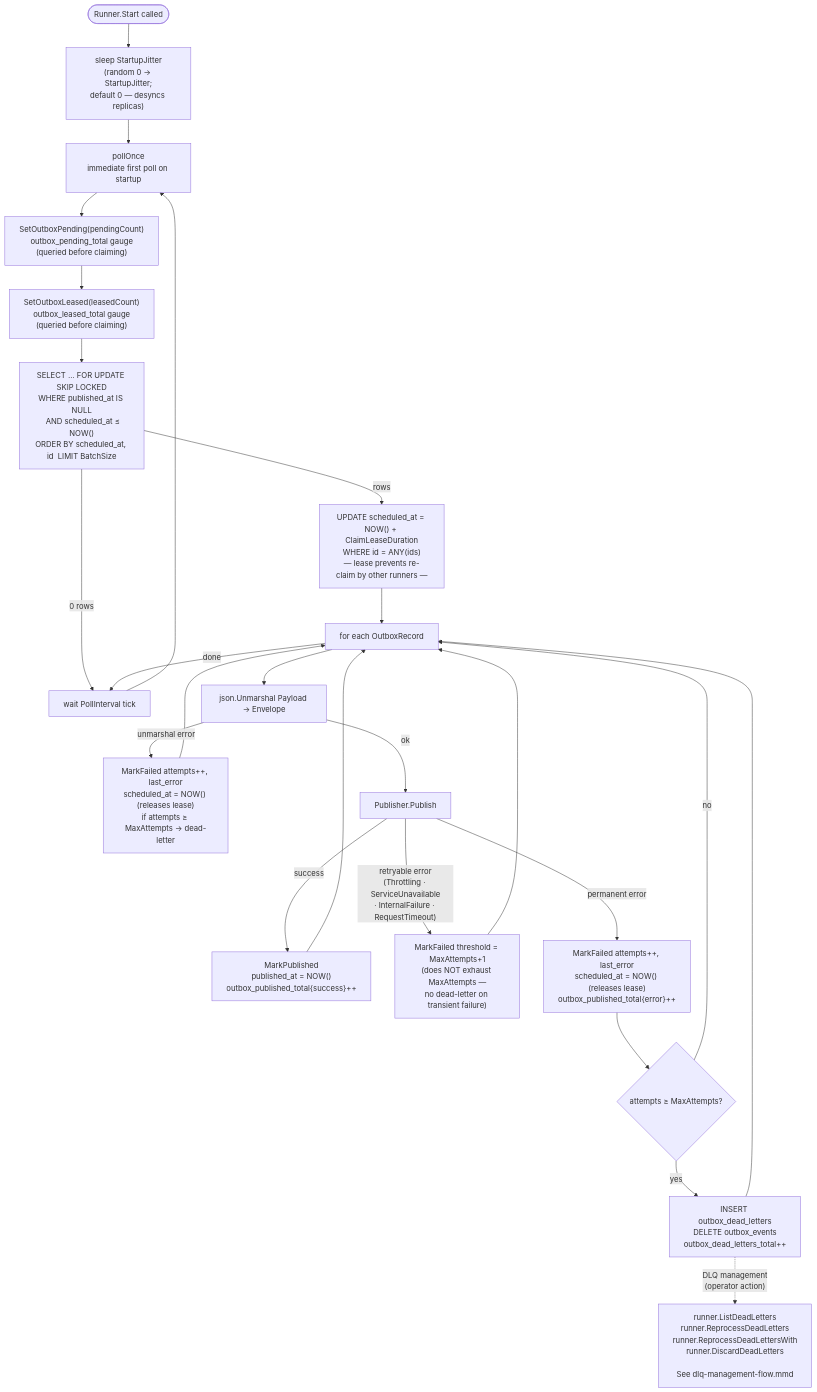
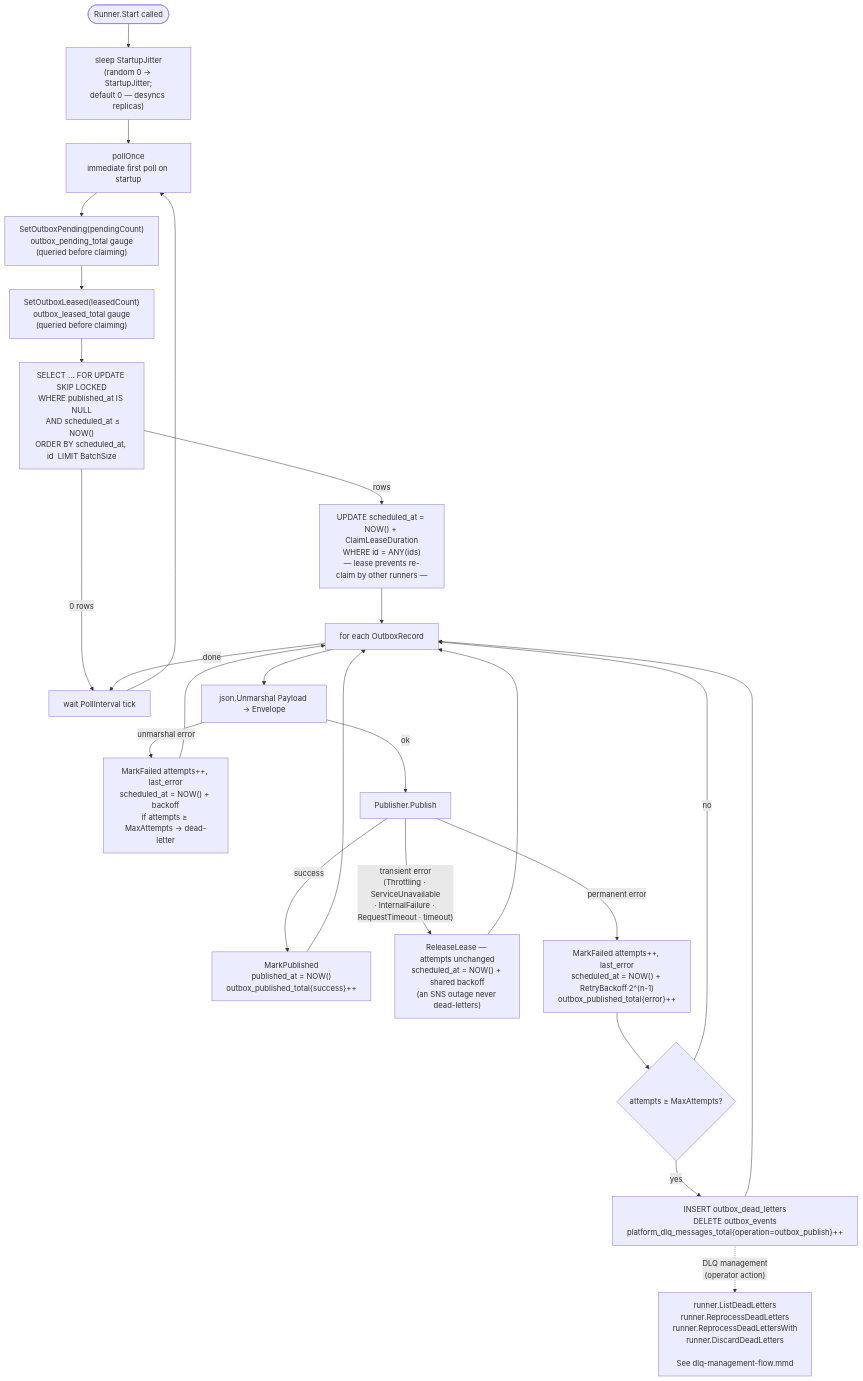
One commit to BCBP-SOLUTIONS-FZC-LLC/platform-events changed the diagram in docs/architecture/mermaid/outbox-poll-cycle.mmd. Above: the diagram before and after it, drawn with Mermaid. The commit also changed 153 other files, not shown here.

```diff
--- a/docs/architecture/mermaid/outbox-poll-cycle.mmd
+++ b/docs/architecture/mermaid/outbox-poll-cycle.mmd
@@ -1,26 +1,26 @@
 flowchart TD
     A([Runner.Start called]) --> JIT["sleep StartupJitter\n(random 0 → StartupJitter;\ndefault 0 — desyncs replicas)"]
     JIT --> P[pollOnce\nimmediate first poll on startup]
     P --> PM["SetOutboxPending(pendingCount)\noutbox_pending_total gauge\n(queried before claiming)"]
     PM --> LM["SetOutboxLeased(leasedCount)\noutbox_leased_total gauge\n(queried before claiming)"]
     LM --> C["SELECT … FOR UPDATE SKIP LOCKED\nWHERE published_at IS NULL\n  AND scheduled_at ≤ NOW()\nORDER BY scheduled_at, id  LIMIT BatchSize"]
     C -- 0 rows --> B[wait PollInterval tick]
     B --> P
     C -- rows --> L["UPDATE scheduled_at = NOW() + ClaimLeaseDuration\nWHERE id = ANY(ids)\n— lease prevents re-claim by other runners —"]
     L --> D[for each OutboxRecord]
     D --> E[json.Unmarshal Payload → Envelope]
-    E -- unmarshal error --> F["MarkFailed attempts++, last_error\nscheduled_at = NOW() (releases lease)\nif attempts ≥ MaxAttempts → dead-letter"]
+    E -- unmarshal error --> F["MarkFailed attempts++, last_error\nscheduled_at = NOW() + backoff\nif attempts ≥ MaxAttempts → dead-letter"]
     F --> D
     E -- ok --> G[Publisher.Publish]
     G -- success --> H["MarkPublished\npublished_at = NOW()\noutbox_published_total{success}++"]
     H --> D
-    G -- retryable error\n(Throttling · ServiceUnavailable\n· InternalFailure · RequestTimeout) --> RI["MarkFailed threshold = MaxAttempts+1\n(does NOT exhaust MaxAttempts —\nno dead-letter on transient failure)"]
+    G -- transient error\n(Throttling · ServiceUnavailable\n· InternalFailure · RequestTimeout · timeout) --> RI["ReleaseLease — attempts unchanged\nscheduled_at = NOW() + shared backoff\n(an SNS outage never dead-letters)"]
     RI --> D
-    G -- permanent error --> I["MarkFailed attempts++, last_error\nscheduled_at = NOW() (releases lease)\noutbox_published_total{error}++"]
+    G -- permanent error --> I["MarkFailed attempts++, last_error\nscheduled_at = NOW() + RetryBackoff·2^(n-1)\noutbox_published_total{error}++"]
     I --> J{attempts ≥ MaxAttempts?}
-    J -- yes --> K["INSERT outbox_dead_letters\nDELETE outbox_events\noutbox_dead_letters_total++"]
+    J -- yes --> K["INSERT outbox_dead_letters\nDELETE outbox_events\nplatform_dlq_messages_total{operation=outbox_publish}++"]
     J -- no  --> D
     K --> D
     D -- done --> B
 
     K -.->|"DLQ management\n(operator action)"|DLQ["runner.ListDeadLetters\nrunner.ReprocessDeadLetters\nrunner.ReprocessDeadLettersWith\nrunner.DiscardDeadLetters\n\nSee dlq-management-flow.mmd"]
```
